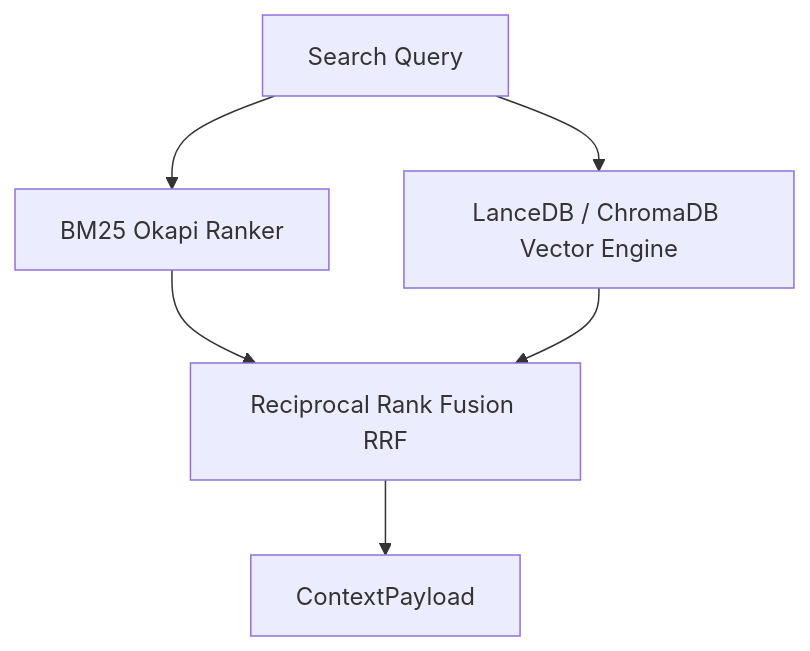
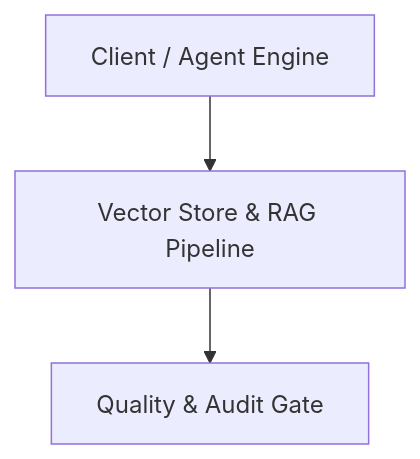
Before and after one commit to brandon-fox/alos: the diagram in specs/11-vector-store-and-rag-pipeline/plan.md, drawn with Mermaid. The commit also changed other lines of this file and 48 other files, not shown here.

````diff
--- a/specs/11-vector-store-and-rag-pipeline/plan.md
+++ b/specs/11-vector-store-and-rag-pipeline/plan.md
@@ -3,8 +5,5 @@
 ```mermaid
 graph TD
-    Query[Search Query] --> BM25[BM25 Okapi Ranker]
-    Query --> Vector[LanceDB / ChromaDB Vector Engine]
-    BM25 --> RRF[Reciprocal Rank Fusion RRF]
-    Vector --> RRF
-    RRF --> Context[ContextPayload]
+    Client[Client / Agent Engine] --> Component[Vector Store & RAG Pipeline]
+    Component --> QualityGate[Quality & Audit Gate]
 ```
````
